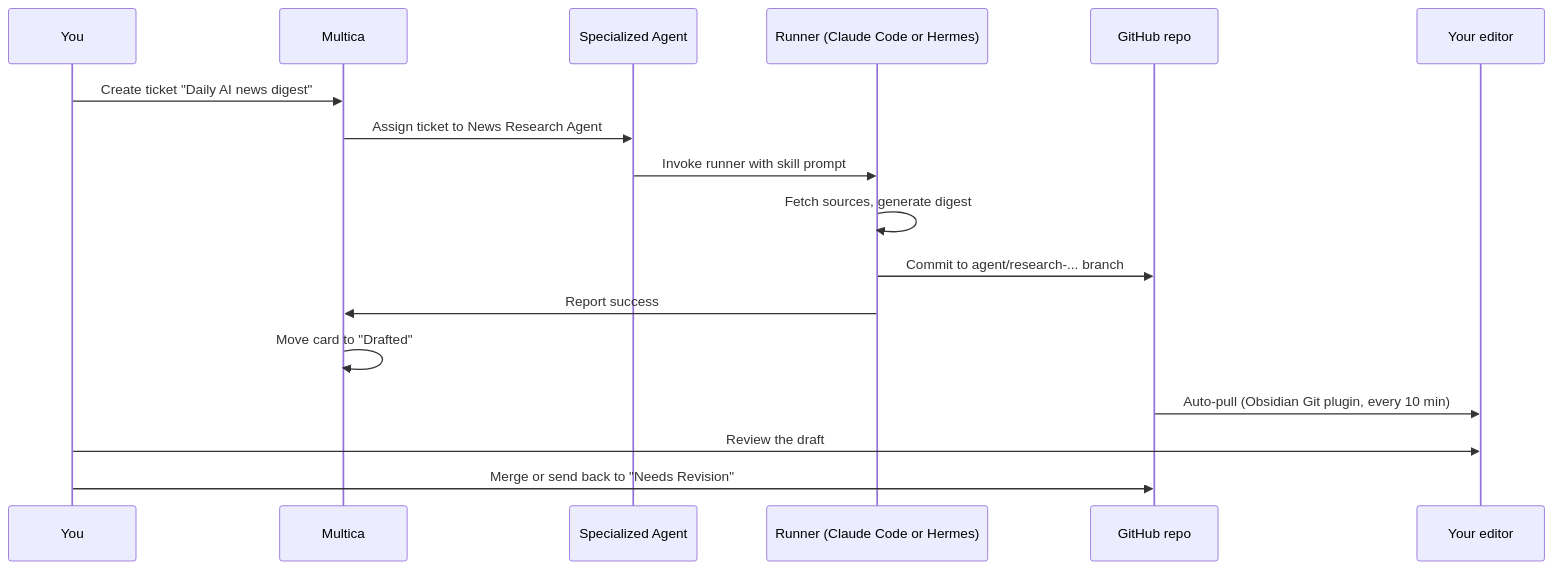
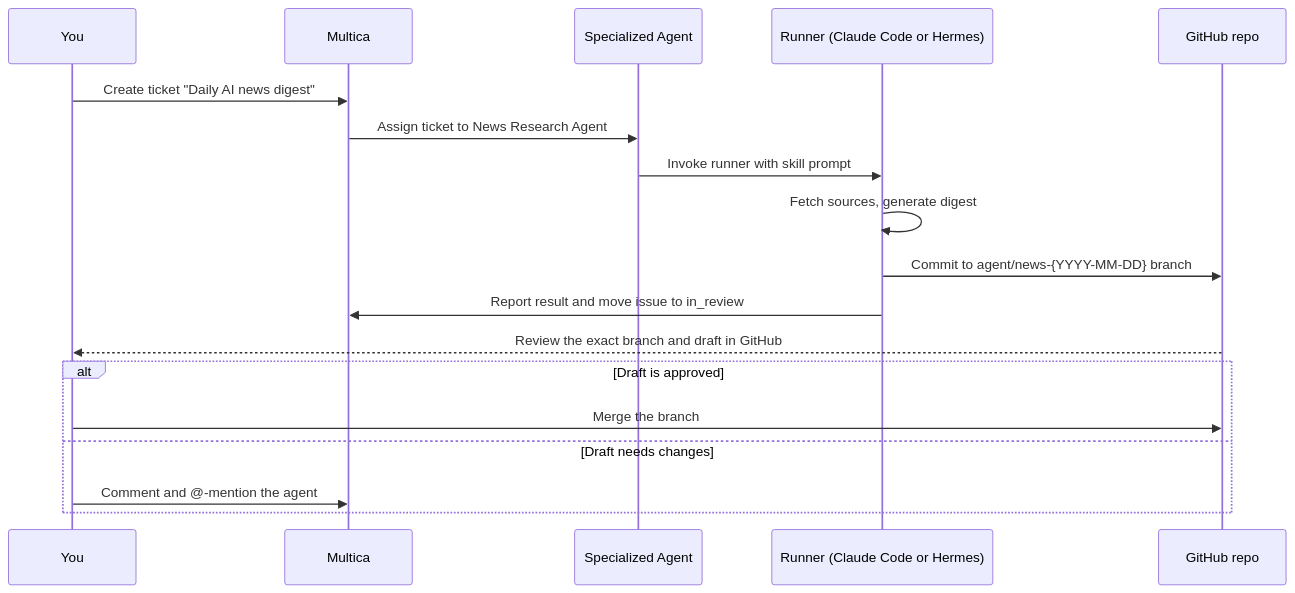
The third of 3 diagrams in tutorials/multi-agent-teams/LESSON.md (owainlewis/youtube-tutorials), drawn with Mermaid before and after one commit. The commit also changed other lines of this file and 17 other files, not shown here.

````diff
--- a/tutorials/multi-agent-teams/LESSON.md
+++ b/tutorials/multi-agent-teams/LESSON.md
@@ -178,20 +175,21 @@
 ```mermaid
 sequenceDiagram
     participant Y as You
     participant M as Multica
     participant A as Specialized Agent
     participant R as Runner (Claude Code or Hermes)
     participant G as GitHub repo
-    participant E as Your editor
 
     Y->>M: Create ticket "Daily AI news digest"
     M->>A: Assign ticket to News Research Agent
     A->>R: Invoke runner with skill prompt
     R->>R: Fetch sources, generate digest
-    R->>G: Commit to agent/research-... branch
-    R->>M: Report success
-    M->>M: Move card to "Drafted"
-    G->>E: Auto-pull (Obsidian Git plugin, every 10 min)
-    Y->>E: Review the draft
-    Y->>G: Merge or send back to "Needs Revision"
+    R->>G: Commit to agent/news-{YYYY-MM-DD} branch
+    R->>M: Report result and move issue to in_review
+    G-->>Y: Review the exact branch and draft in GitHub
+    alt Draft is approved
+        Y->>G: Merge the branch
+    else Draft needs changes
+        Y->>M: Comment and @-mention the agent
+    end
 ```
````
